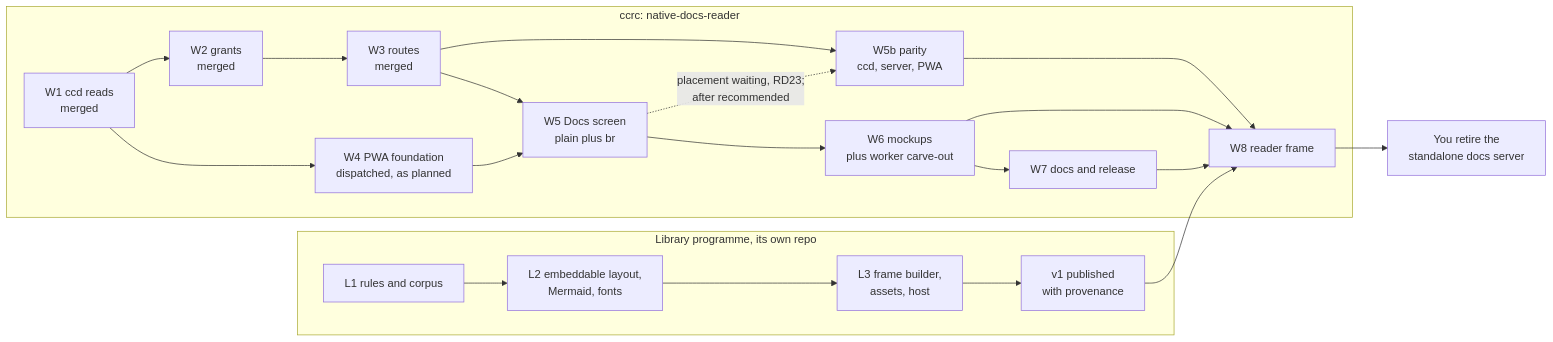
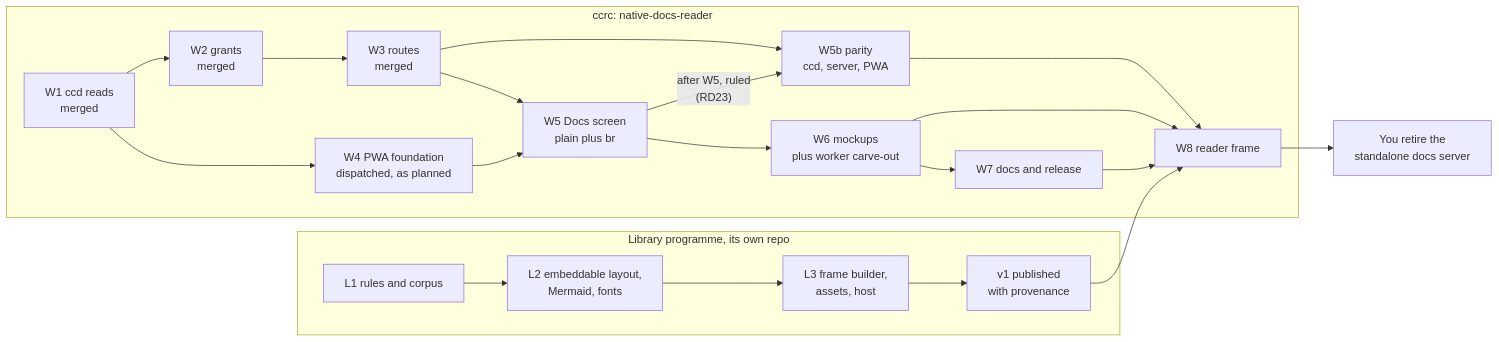
One commit to Synapsium-Labs/ccrc-pwa changed the third of 4 diagrams in docs/superpowers/specs/2026-10-12-rich-docs-reader-and-shared-renderer-design.md. Above: the diagram before and after it, drawn with Mermaid. The commit also changed other lines of this file and 2 other files, not shown here.

````diff
--- a/docs/superpowers/specs/2026-10-12-rich-docs-reader-and-shared-renderer-design.md
+++ b/docs/superpowers/specs/2026-10-12-rich-docs-reader-and-shared-renderer-design.md
@@ -608,20 +608,20 @@
 ```mermaid
 flowchart LR
   subgraph NDR["ccrc: native-docs-reader"]
     W1["W1 ccd reads<br/>merged"] --> W2["W2 grants<br/>merged"] --> W3["W3 routes<br/>merged"]
     W1 --> W4["W4 PWA foundation<br/>dispatched, as planned"]
     W3 --> W5["W5 Docs screen<br/>plain plus br"]
     W4 --> W5
     W3 --> W5b["W5b parity<br/>ccd, server, PWA"]
-    W5 -.->|"placement waiting, RD23;<br/>after recommended"| W5b
+    W5 -->|"after W5, ruled<br/>(RD23)"| W5b
     W5 --> W6["W6 mockups<br/>plus worker carve-out"] --> W7["W7 docs and release"]
     W5b --> W8["W8 reader frame"]
     W6 --> W8
     W7 --> W8
   end
   subgraph LIBP["Library programme, its own repo"]
     LA["L1 rules and corpus"] --> LB["L2 embeddable layout,<br/>Mermaid, fonts"] --> LC["L3 frame builder,<br/>assets, host"] --> V1["v1 published<br/>with provenance"]
   end
   V1 --> W8
   W8 --> RET["You retire the<br/>standalone docs server"]
 ```
````
